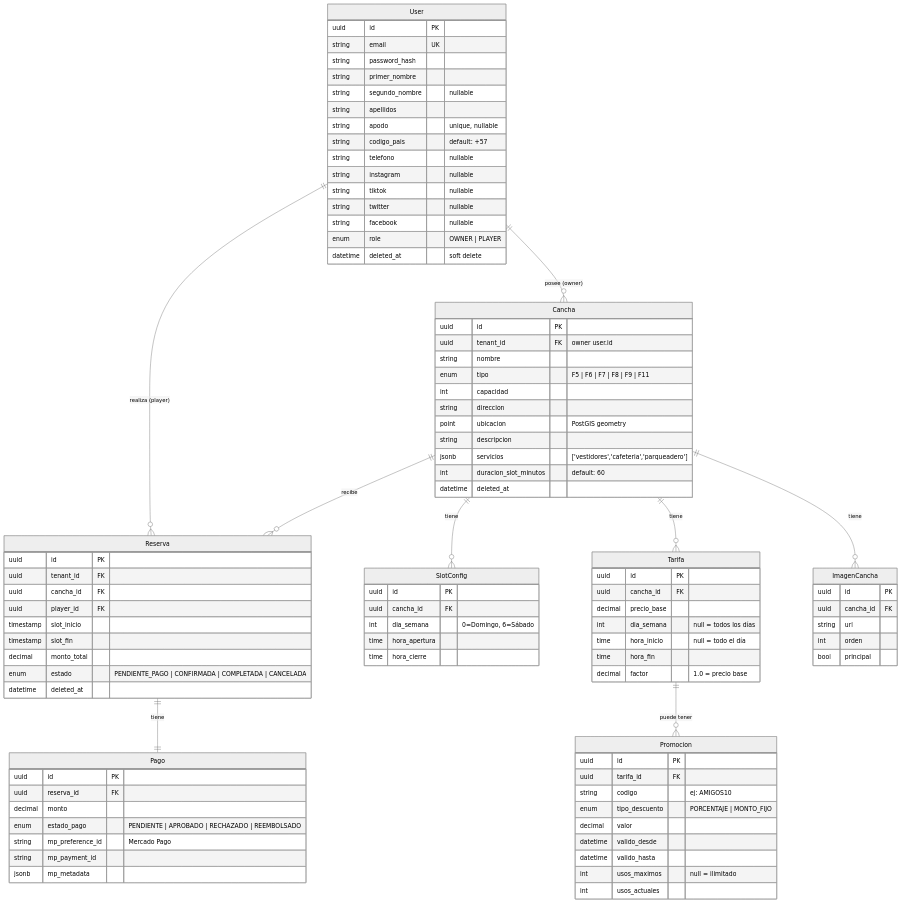
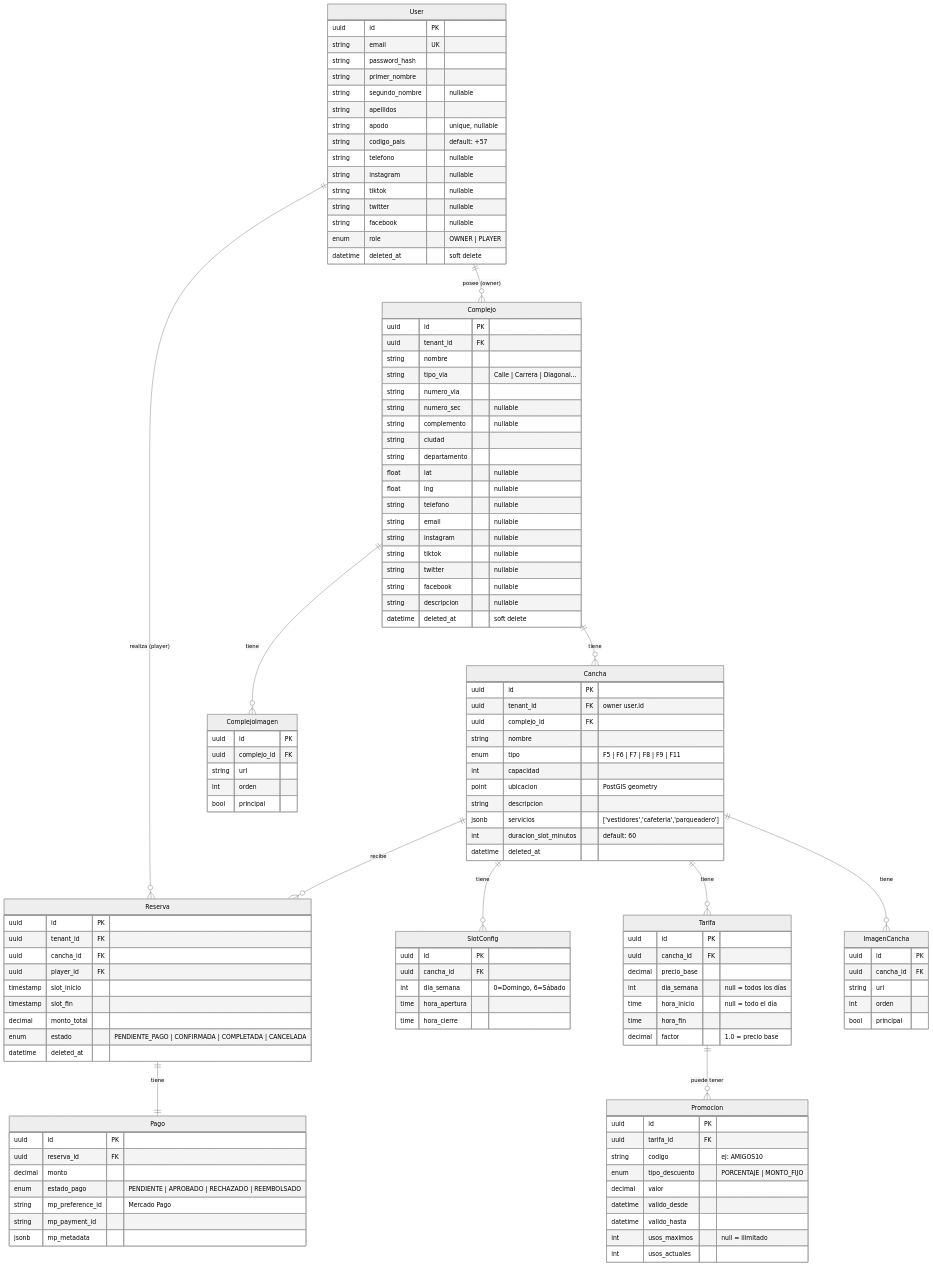
One commit to maoacr/sfs-docs changed the diagram in src/content/docs/vision/data-model.mdx. Above: the diagram before and after it, drawn with Mermaid (neutral theme). The commit also changed other lines of this file, not shown here.

Commit message:
docs: update data model — Complejo structured address + social, ComplejoImagen, updated ER

````diff
--- a/src/content/docs/vision/data-model.mdx
+++ b/src/content/docs/vision/data-model.mdx
@@ -29,7 +29,9 @@
 ```mermaid
 erDiagram
-    User ||--o{ Cancha : "posee (owner)"
+    User ||--o{ Complejo : "posee (owner)"
     User ||--o{ Reserva : "realiza (player)"
+    Complejo ||--o{ Cancha : "tiene"
+    Complejo ||--o{ ComplejoImagen : "tiene"
     Cancha ||--o{ SlotConfig : "tiene"
     Cancha ||--o{ Tarifa : "tiene"
     Cancha ||--o{ Reserva : "recibe"
@@ -55,13 +57,43 @@
         datetime deleted_at "soft delete"
     }
 
+    Complejo {
+        uuid id PK
+        uuid tenant_id FK
+        string nombre
+        string tipo_via "Calle | Carrera | Diagonal..."
+        string numero_via
+        string numero_sec "nullable"
+        string complemento "nullable"
+        string ciudad
+        string departamento
+        float lat "nullable"
+        float lng "nullable"
+        string telefono "nullable"
+        string email "nullable"
+        string instagram "nullable"
+        string tiktok "nullable"
+        string twitter "nullable"
+        string facebook "nullable"
+        string descripcion "nullable"
+        datetime deleted_at "soft delete"
+    }
+
+    ComplejoImagen {
+        uuid id PK
+        uuid complejo_id FK
+        string url
+        int orden
+        bool principal
+    }
+
     Cancha {
         uuid id PK
         uuid tenant_id FK "owner user.id"
+        uuid complejo_id FK
         string nombre
         enum tipo "F5 | F6 | F7 | F8 | F9 | F11"
         int capacidad
-        string direccion
         point ubicacion "PostGIS geometry"
         string descripcion
         jsonb servicios "['vestidores','cafeteria','parqueadero']"
````
